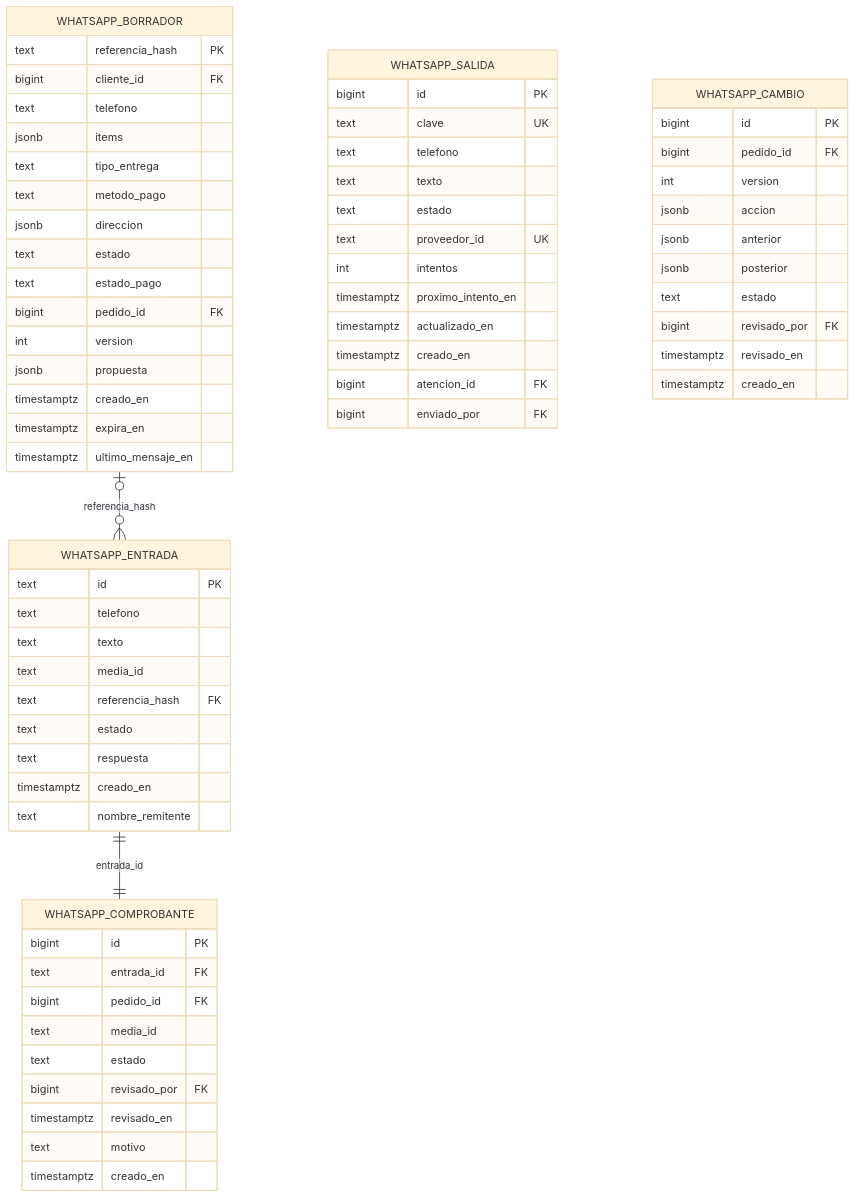
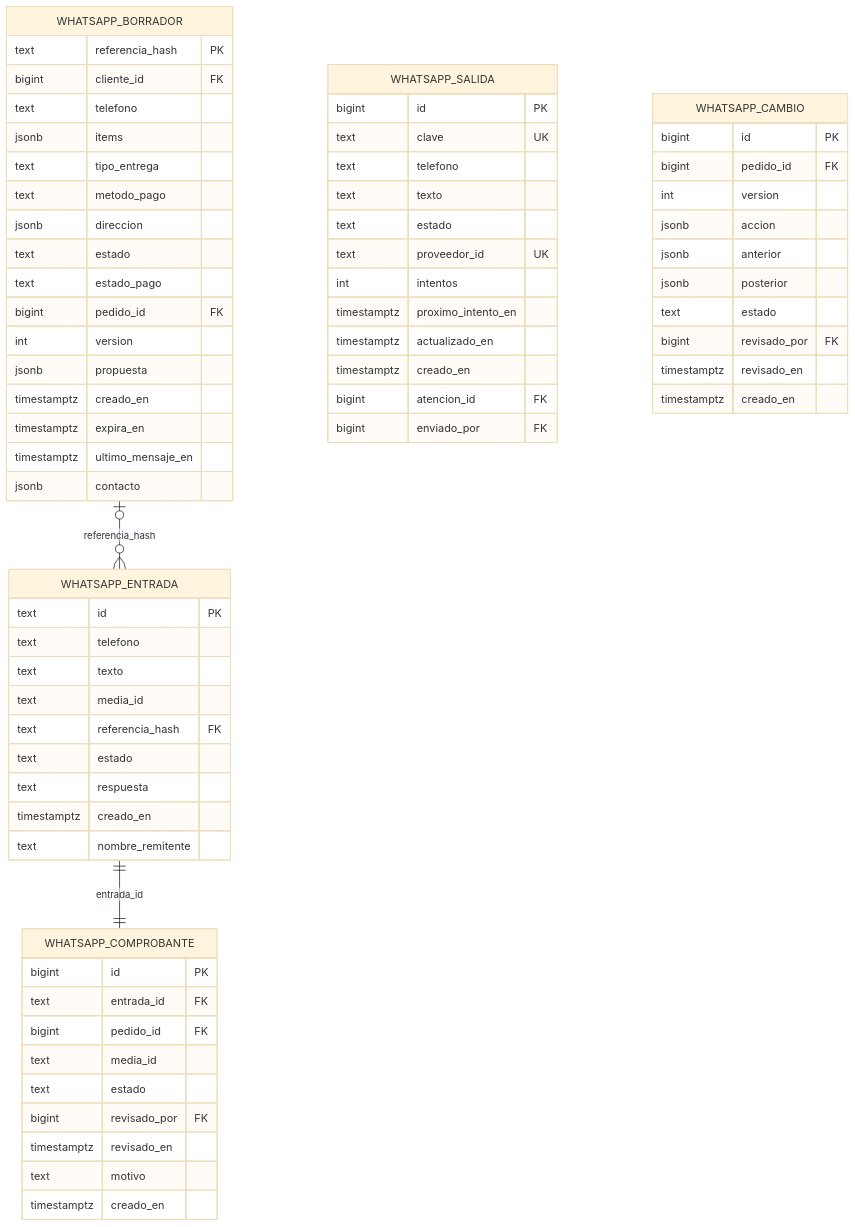
Before and after one commit to Ignapag/Proyecto---Seminario-Integrador-2026: the eighth of 10 diagrams in docs/DER.md, drawn with Mermaid (base theme). The commit also changed other lines of this file and 9 other files, not shown here.

````diff
--- a/docs/DER.md
+++ b/docs/DER.md
@@ -462,70 +463,71 @@
 ```mermaid
 erDiagram
     WHATSAPP_BORRADOR o|--o{ WHATSAPP_ENTRADA : referencia_hash
     WHATSAPP_ENTRADA ||--|| WHATSAPP_COMPROBANTE : entrada_id
     WHATSAPP_BORRADOR {
         text referencia_hash PK
         bigint cliente_id FK
         text telefono
         jsonb items
         text tipo_entrega
         text metodo_pago
         jsonb direccion
         text estado
         text estado_pago
         bigint pedido_id FK
         int version
         jsonb propuesta
         timestamptz creado_en
         timestamptz expira_en
         timestamptz ultimo_mensaje_en
+        jsonb contacto
     }
     WHATSAPP_ENTRADA {
         text id PK
         text telefono
         text texto
         text media_id
         text referencia_hash FK
         text estado
         text respuesta
         timestamptz creado_en
         text nombre_remitente
     }
     WHATSAPP_SALIDA {
         bigint id PK
         text clave UK
         text telefono
         text texto
         text estado
         text proveedor_id UK
         int intentos
         timestamptz proximo_intento_en
         timestamptz actualizado_en
         timestamptz creado_en
         bigint atencion_id FK
         bigint enviado_por FK
     }
     WHATSAPP_CAMBIO {
         bigint id PK
         bigint pedido_id FK
         int version
         jsonb accion
         jsonb anterior
         jsonb posterior
         text estado
         bigint revisado_por FK
         timestamptz revisado_en
         timestamptz creado_en
     }
     WHATSAPP_COMPROBANTE {
         bigint id PK
         text entrada_id FK
         bigint pedido_id FK
         text media_id
         text estado
         bigint revisado_por FK
         timestamptz revisado_en
         text motivo
         timestamptz creado_en
     }
 ```
````
